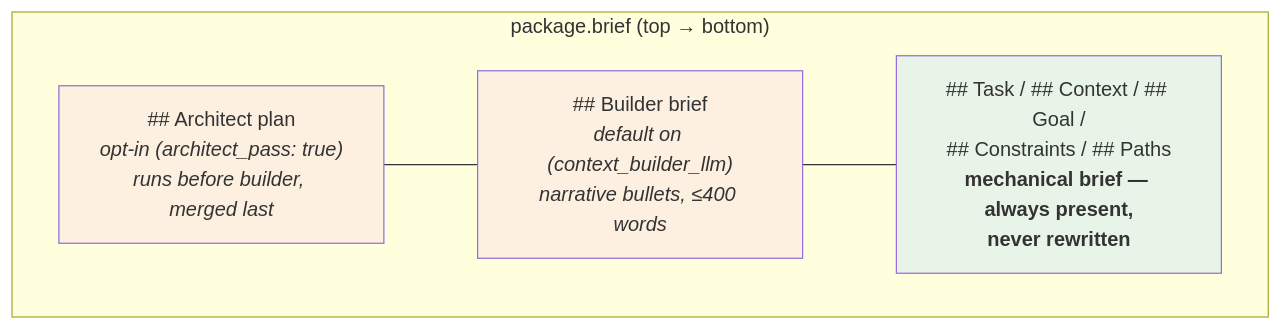
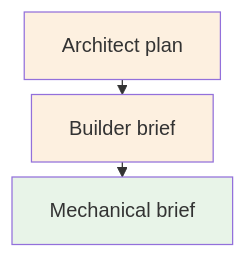
One commit to amirharati/mcp_coder changed the seventh of 7 diagrams in docs/guide/tutorials/04-context-compiler.md. Above: the diagram before and after it, drawn with Mermaid. The commit also changed other lines of this file, not shown here.

First line of the commit message:
docs(guide): compact T-04 mermaid diagrams

````diff
--- a/docs/guide/tutorials/04-context-compiler.md
+++ b/docs/guide/tutorials/04-context-compiler.md
@@ -629,13 +593,9 @@
 ```mermaid
-flowchart TD
-    subgraph BRIEF["package.brief (top → bottom)"]
-        AP["## Architect plan<br/><i>opt-in (architect_pass: true)<br/>runs before builder, merged last</i>"]
-        BB["## Builder brief<br/><i>default on (context_builder_llm)<br/>narrative bullets, ≤400 words</i>"]
-        MB["## Task / ## Context / ## Goal /<br/>## Constraints / ## Paths<br/><b>mechanical brief — always present,<br/>never rewritten</b>"]
-    end
-    AP --- BB --- MB
+%%{init: {'flowchart': {'nodeSpacing': 6, 'rankSpacing': 12}}}%%
+flowchart TB
+    AP[Architect plan] --> BB[Builder brief] --> MB[Mechanical brief]
 
     style AP fill:#fdf0e0
     style BB fill:#fdf0e0
     style MB fill:#e8f4e8
 ```
````
